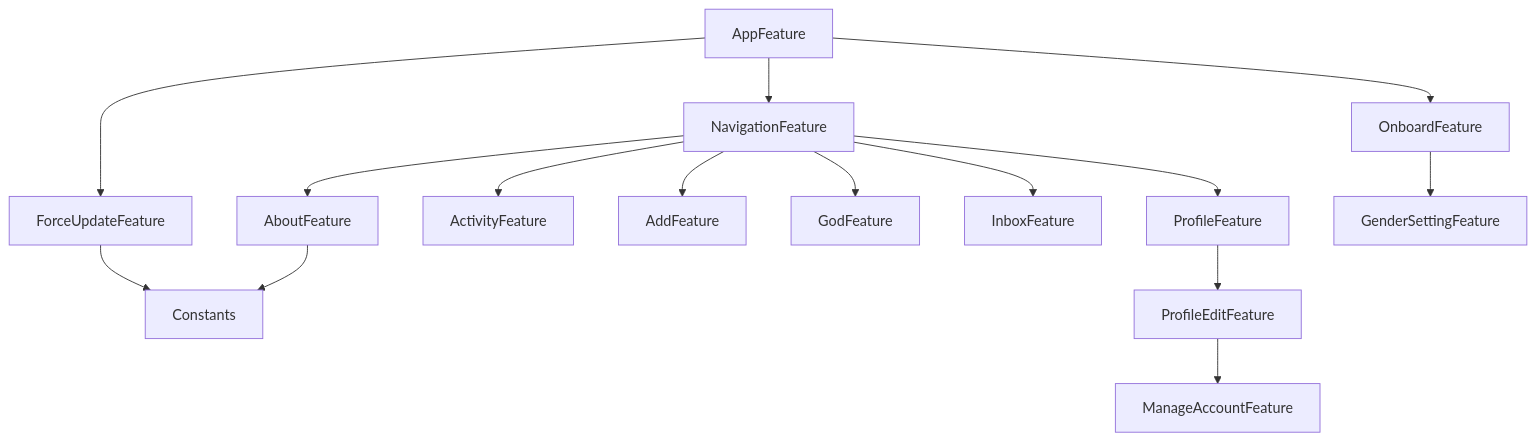
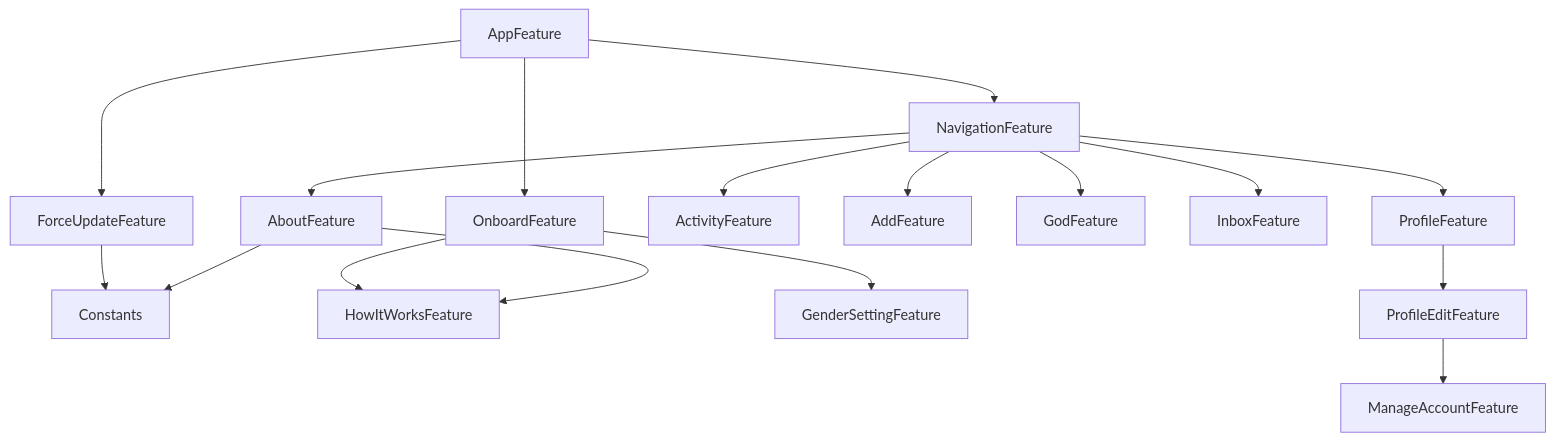
One commit to 0x1-company/god-ios changed the diagram in Packages/GodPackage/README.md. Above: the diagram before and after it, drawn with Mermaid.

Commit message:
Run dgraph

````diff
--- a/Packages/GodPackage/README.md
+++ b/Packages/GodPackage/README.md
@@ -6,17 +6,19 @@
 ```mermaid
 graph TD;
     AboutFeature-->Constants;
+    AboutFeature-->HowItWorksFeature;
     AppFeature-->OnboardFeature;
     AppFeature-->NavigationFeature;
     AppFeature-->ForceUpdateFeature;
     ForceUpdateFeature-->Constants;
     NavigationFeature-->AboutFeature;
     NavigationFeature-->ActivityFeature;
     NavigationFeature-->AddFeature;
     NavigationFeature-->GodFeature;
     NavigationFeature-->InboxFeature;
     NavigationFeature-->ProfileFeature;
+    OnboardFeature-->HowItWorksFeature;
     OnboardFeature-->GenderSettingFeature;
     ProfileEditFeature-->ManageAccountFeature;
     ProfileFeature-->ProfileEditFeature;
 ```
````
